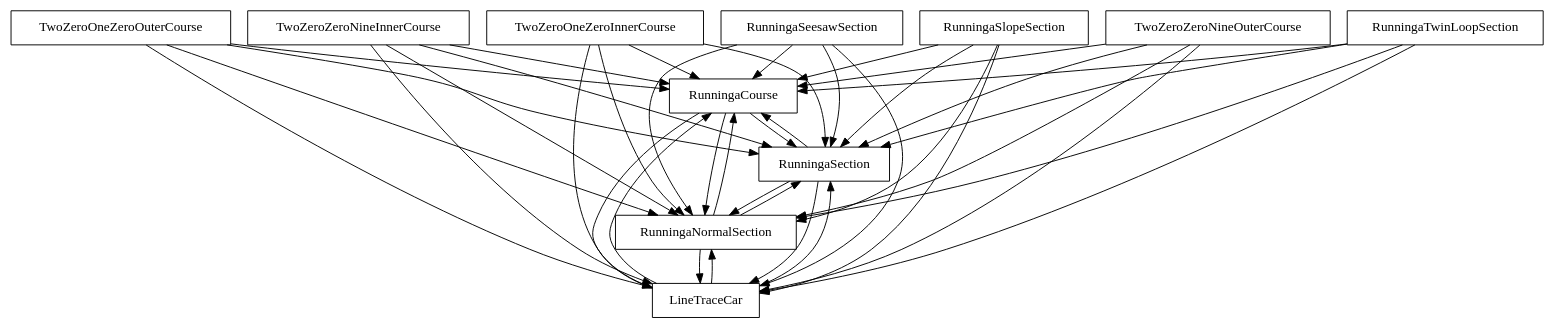
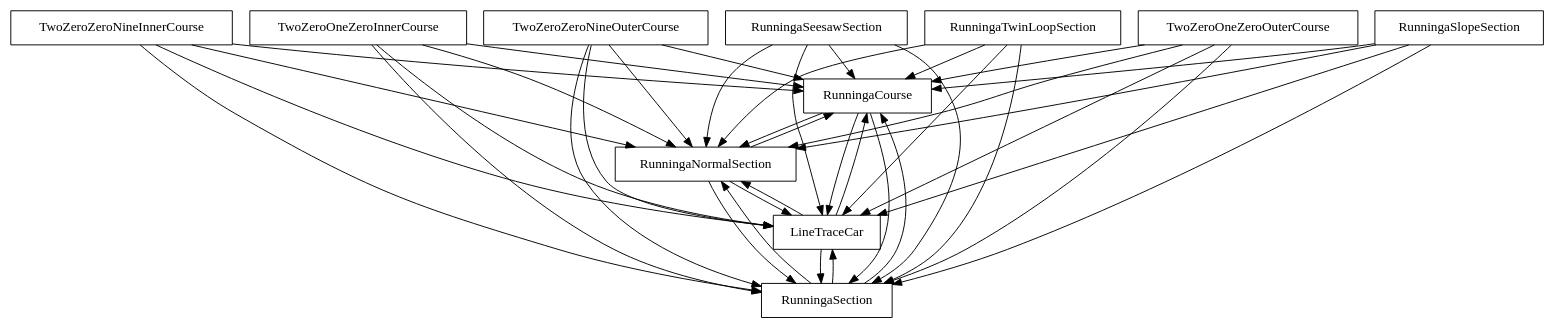
The diagram in FAMILIAR/output/SPLOT-big/fm_108_model_20111020_455520177.xml.dot (FAMILIAR-project/familiar-language), drawn with Graphviz before and after one commit. The commit also changed 1259 other files, not shown here.

```diff
--- a/FAMILIAR/output/SPLOT-big/fm_108_model_20111020_455520177.xml.dot
+++ b/FAMILIAR/output/SPLOT-big/fm_108_model_20111020_455520177.xml.dot
@@ -1,56 +1,56 @@
 digraph{
 graph [rankdir=TB];
 node [shape=box];
 edge [arrowhead=normal];
 0[label="RunningaCourse",]
 1[label="TwoZeroZeroNineInnerCourse",]
 2[label="TwoZeroOneZeroInnerCourse",]
-3[label="RunningaSection",]
-4[label="LineTraceCar",]
-5[label="TwoZeroZeroNineOuterCourse",]
-6[label="RunningaSeesawSection",]
-7[label="RunningaNormalSection",]
+3[label="RunningaNormalSection",]
+4[label="TwoZeroZeroNineOuterCourse",]
+5[label="RunningaSeesawSection",]
+6[label="RunningaSection",]
+7[label="LineTraceCar",]
 8[label="RunningaSlopeSection",]
-9[label="TwoZeroOneZeroOuterCourse",]
-10[label="RunningaTwinLoopSection",]
+9[label="RunningaTwinLoopSection",]
+10[label="TwoZeroOneZeroOuterCourse",]
 0->3[label="",]
-0->4[label="",]
+0->6[label="",]
 0->7[label="",]
 1->0[label="",]
 1->3[label="",]
-1->4[label="",]
+1->6[label="",]
 1->7[label="",]
 2->0[label="",]
 2->3[label="",]
-2->4[label="",]
+2->6[label="",]
 2->7[label="",]
 3->0[label="",]
-3->4[label="",]
+3->6[label="",]
 3->7[label="",]
 4->0[label="",]
 4->3[label="",]
+4->6[label="",]
 4->7[label="",]
 5->0[label="",]
 5->3[label="",]
-5->4[label="",]
+5->6[label="",]
 5->7[label="",]
 6->0[label="",]
 6->3[label="",]
-6->4[label="",]
 6->7[label="",]
 7->0[label="",]
 7->3[label="",]
-7->4[label="",]
+7->6[label="",]
 8->0[label="",]
 8->3[label="",]
-8->4[label="",]
+8->6[label="",]
 8->7[label="",]
 9->0[label="",]
 9->3[label="",]
-9->4[label="",]
+9->6[label="",]
 9->7[label="",]
 10->0[label="",]
 10->3[label="",]
-10->4[label="",]
+10->6[label="",]
 10->7[label="",]
 }
```
